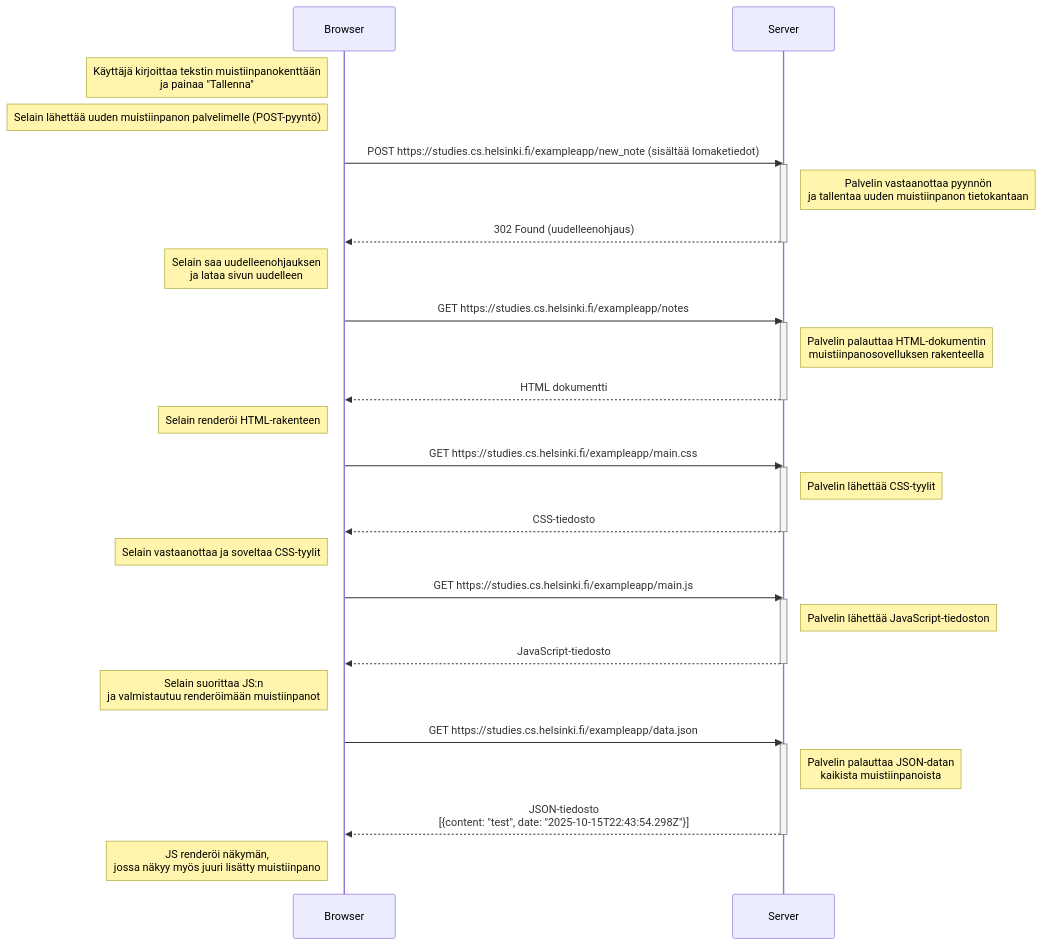
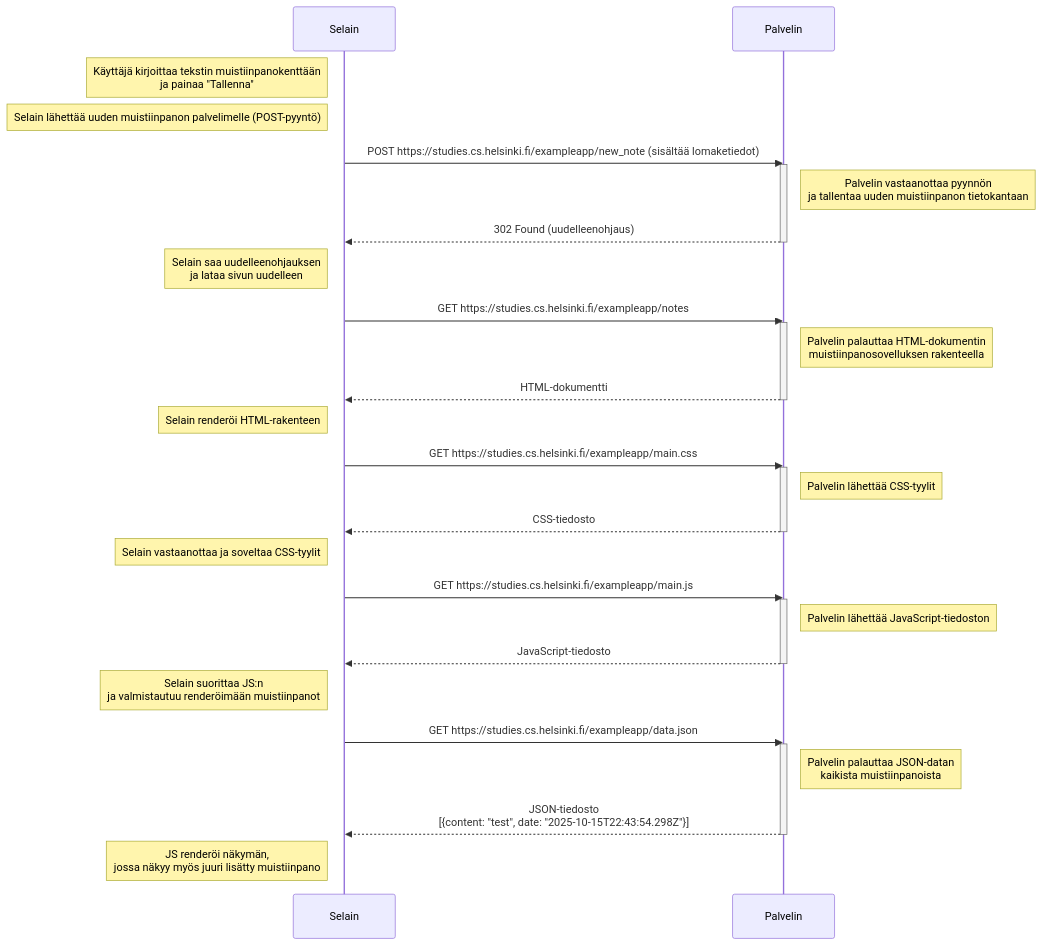
The diagram in osa0/0.4: uusi muistiinpano.md (Laaloz/Fullstackopen), drawn with Mermaid before and after one commit. The commit also changed other lines of this file, not shown here.

Commit message:
Update 0.4: uusi muistiinpano.md

````diff
--- a/osa0/0.4: uusi muistiinpano.md
+++ b/osa0/0.4: uusi muistiinpano.md
@@ -3,45 +3,45 @@
 ```mermaid
 sequenceDiagram
-    participant Browser
-    participant Server
+    participant Selain
+    participant Palvelin
 
-    Note left of Browser: Käyttäjä kirjoittaa tekstin muistiinpanokenttään<br/>ja painaa "Tallenna"
+    Note left of Selain: Käyttäjä kirjoittaa tekstin muistiinpanokenttään<br/>ja painaa "Tallenna"
 
-    Note left of Browser: Selain lähettää uuden muistiinpanon palvelimelle (POST-pyyntö)
-    Browser->>Server: POST https://studies.cs.helsinki.fi/exampleapp/new_note (sisältää lomaketiedot)
-    activate Server
-    Note right of Server: Palvelin vastaanottaa pyynnön<br/>ja tallentaa uuden muistiinpanon tietokantaan
-    Server-->>Browser: 302 Found (uudelleenohjaus)
-    deactivate Server
+    Note left of Selain: Selain lähettää uuden muistiinpanon palvelimelle (POST-pyyntö)
+    Selain->>Palvelin: POST https://studies.cs.helsinki.fi/exampleapp/new_note (sisältää lomaketiedot)
+    activate Palvelin
+    Note right of Palvelin: Palvelin vastaanottaa pyynnön<br/>ja tallentaa uuden muistiinpanon tietokantaan
+    Palvelin-->>Selain: 302 Found (uudelleenohjaus)
+    deactivate Palvelin
 
-    Note left of Browser: Selain saa uudelleenohjauksen<br/>ja lataa sivun uudelleen
+    Note left of Selain: Selain saa uudelleenohjauksen<br/>ja lataa sivun uudelleen
 
-    Browser->>Server: GET https://studies.cs.helsinki.fi/exampleapp/notes
-    activate Server
-    Note right of Server: Palvelin palauttaa HTML-dokumentin<br/>muistiinpanosovelluksen rakenteella
-    Server-->>Browser: HTML dokumentti
-    deactivate Server
-    Note left of Browser: Selain renderöi HTML-rakenteen
+    Selain->>Palvelin: GET https://studies.cs.helsinki.fi/exampleapp/notes
+    activate Palvelin
+    Note right of Palvelin: Palvelin palauttaa HTML-dokumentin<br/>muistiinpanosovelluksen rakenteella
+    Palvelin-->>Selain: HTML-dokumentti
+    deactivate Palvelin
+    Note left of Selain: Selain renderöi HTML-rakenteen
 
-    Browser->>Server: GET https://studies.cs.helsinki.fi/exampleapp/main.css
-    activate Server
-    Note right of Server: Palvelin lähettää CSS-tyylit
-    Server-->>Browser: CSS-tiedosto
-    deactivate Server
-    Note left of Browser: Selain vastaanottaa ja soveltaa CSS-tyylit
+    Selain->>Palvelin: GET https://studies.cs.helsinki.fi/exampleapp/main.css
+    activate Palvelin
+    Note right of Palvelin: Palvelin lähettää CSS-tyylit
+    Palvelin-->>Selain: CSS-tiedosto
+    deactivate Palvelin
+    Note left of Selain: Selain vastaanottaa ja soveltaa CSS-tyylit
 
-    Browser->>Server: GET https://studies.cs.helsinki.fi/exampleapp/main.js
-    activate Server
-    Note right of Server: Palvelin lähettää JavaScript-tiedoston
-    Server-->>Browser: JavaScript-tiedosto
-    deactivate Server
-    Note left of Browser: Selain suorittaa JS:n<br/>ja valmistautuu renderöimään muistiinpanot
+    Selain->>Palvelin: GET https://studies.cs.helsinki.fi/exampleapp/main.js
+    activate Palvelin
+    Note right of Palvelin: Palvelin lähettää JavaScript-tiedoston
+    Palvelin-->>Selain: JavaScript-tiedosto
+    deactivate Palvelin
+    Note left of Selain: Selain suorittaa JS:n<br/>ja valmistautuu renderöimään muistiinpanot
 
-    Browser->>Server: GET https://studies.cs.helsinki.fi/exampleapp/data.json
-    activate Server
-    Note right of Server: Palvelin palauttaa JSON-datan<br/>kaikista muistiinpanoista
-    Server-->>Browser: JSON-tiedosto<br/>[{content: "test", date: "2025-10-15T22:43:54.298Z"}]
-    deactivate Server
+    Selain->>Palvelin: GET https://studies.cs.helsinki.fi/exampleapp/data.json
+    activate Palvelin
+    Note right of Palvelin: Palvelin palauttaa JSON-datan<br/>kaikista muistiinpanoista
+    Palvelin-->>Selain: JSON-tiedosto<br/>[{content: "test", date: "2025-10-15T22:43:54.298Z"}]
+    deactivate Palvelin
 
-    Note left of Browser: JS renderöi näkymän,<br/>jossa näkyy myös juuri lisätty muistiinpano
+    Note left of Selain: JS renderöi näkymän,<br/>jossa näkyy myös juuri lisätty muistiinpano
 ```
````
